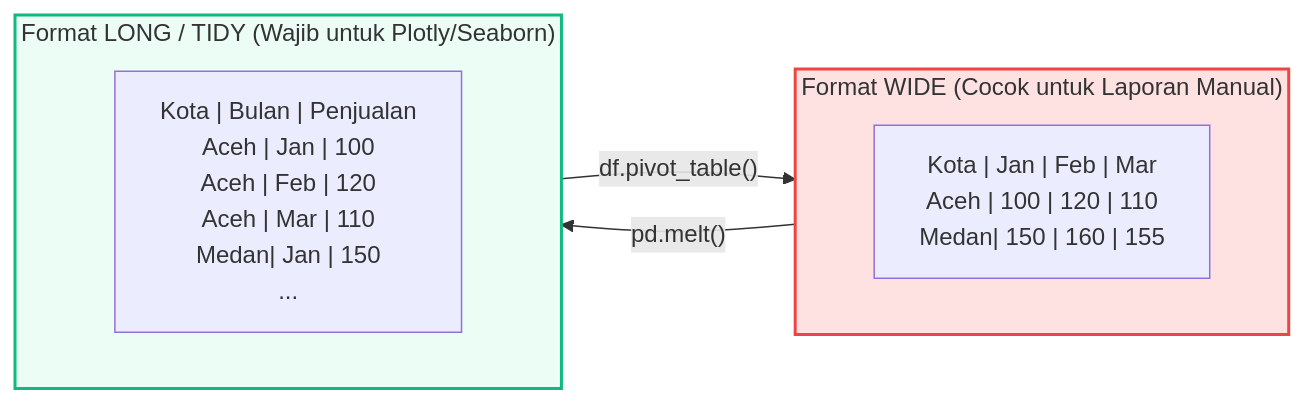
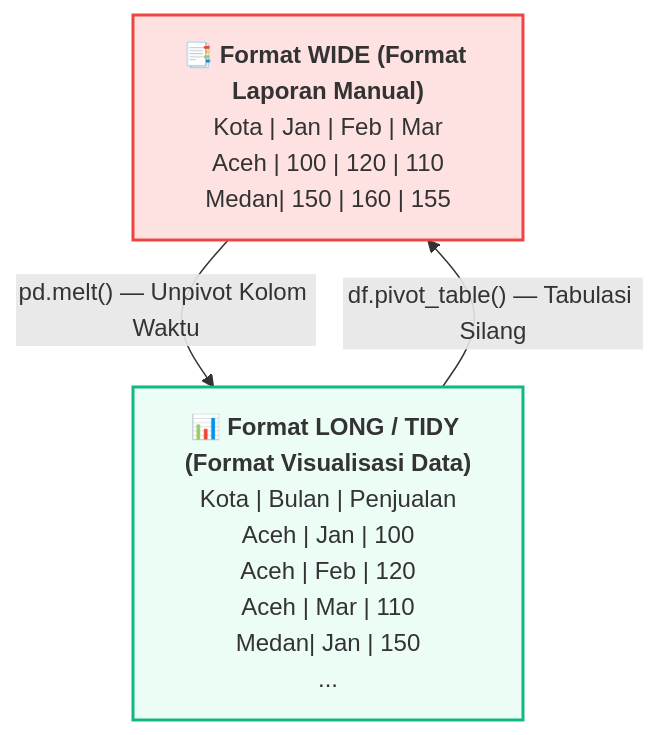
Before and after one commit to mahendaruui/Perkuliahan: the second of 3 diagrams in docs/visualisasi-data/04-data-wrangling-eda-pandas.md, drawn with Mermaid. The commit also changed other lines of this file and 15 other files, not shown here.

Commit message:
refactor: update and standardize mermaid diagrams across all documentation modules

````diff
--- a/docs/visualisasi-data/04-data-wrangling-eda-pandas.md
+++ b/docs/visualisasi-data/04-data-wrangling-eda-pandas.md
@@ -33,18 +30,9 @@
 ```mermaid
-flowchart LR
-    subgraph Wide["Format WIDE (Cocok untuk Laporan Manual)"]
-        direction TB
-        W["Kota | Jan | Feb | Mar<br>Aceh | 100 | 120 | 110<br>Medan| 150 | 160 | 155"]
-    end
-
-    subgraph Long["Format LONG / TIDY (Wajib untuk Plotly/Seaborn)"]
-        direction TB
-        L["Kota | Bulan | Penjualan<br>Aceh | Jan | 100<br>Aceh | Feb | 120<br>Aceh | Mar | 110<br>Medan| Jan | 150<br>..."]
-    end
-
-    Wide -->|"pd.melt()"| Long
-    Long -->|"df.pivot_table()"| Wide
+flowchart TD
+    Wide["📑 <b>Format WIDE (Format Laporan Manual)</b><br>Kota | Jan | Feb | Mar<br>Aceh | 100 | 120 | 110<br>Medan| 150 | 160 | 155"]
+    -->|"pd.melt() — Unpivot Kolom Waktu"| Long["📊 <b>Format LONG / TIDY (Format Visualisasi Data)</b><br>Kota | Bulan | Penjualan<br>Aceh | Jan | 100<br>Aceh | Feb | 120<br>Aceh | Mar | 110<br>Medan| Jan | 150<br>..."]
+    Long -->|"df.pivot_table() — Tabulasi Silang"| Wide
 
     style Wide fill:#fee2e2,stroke:#ef4444,stroke-width:2px
     style Long fill:#ecfdf5,stroke:#10b981,stroke-width:2px
 ```
````
